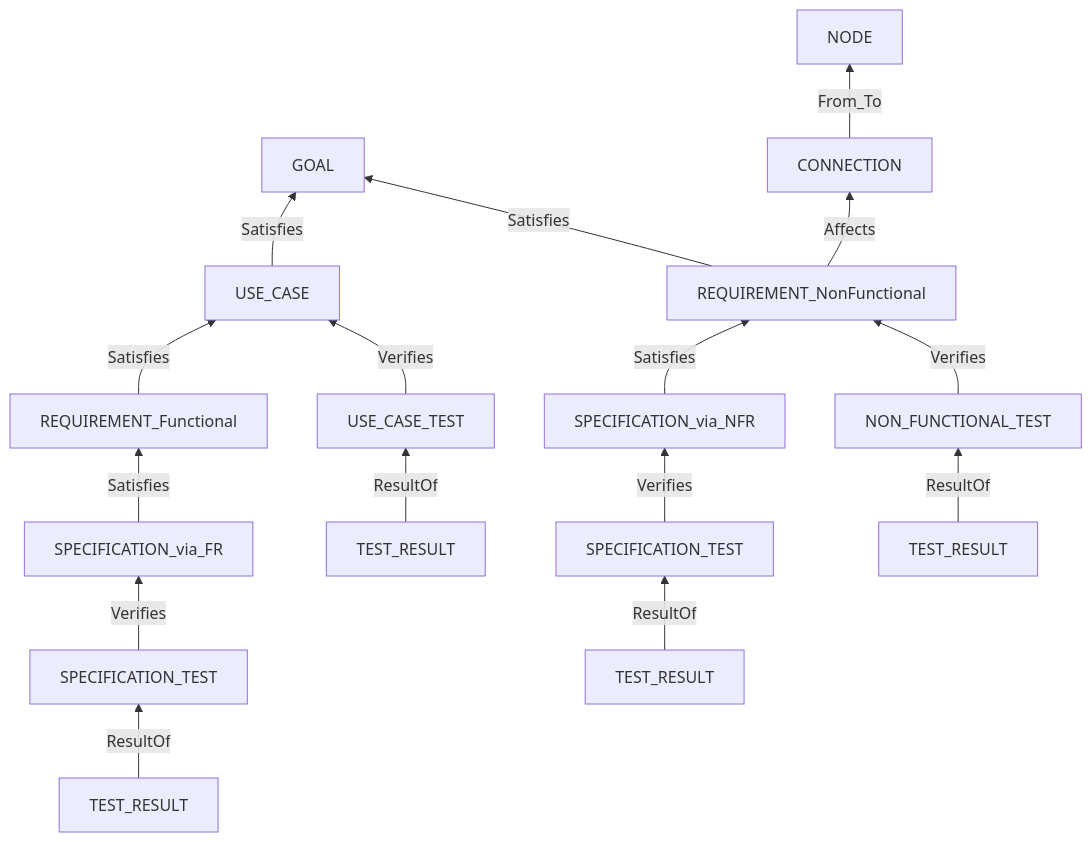
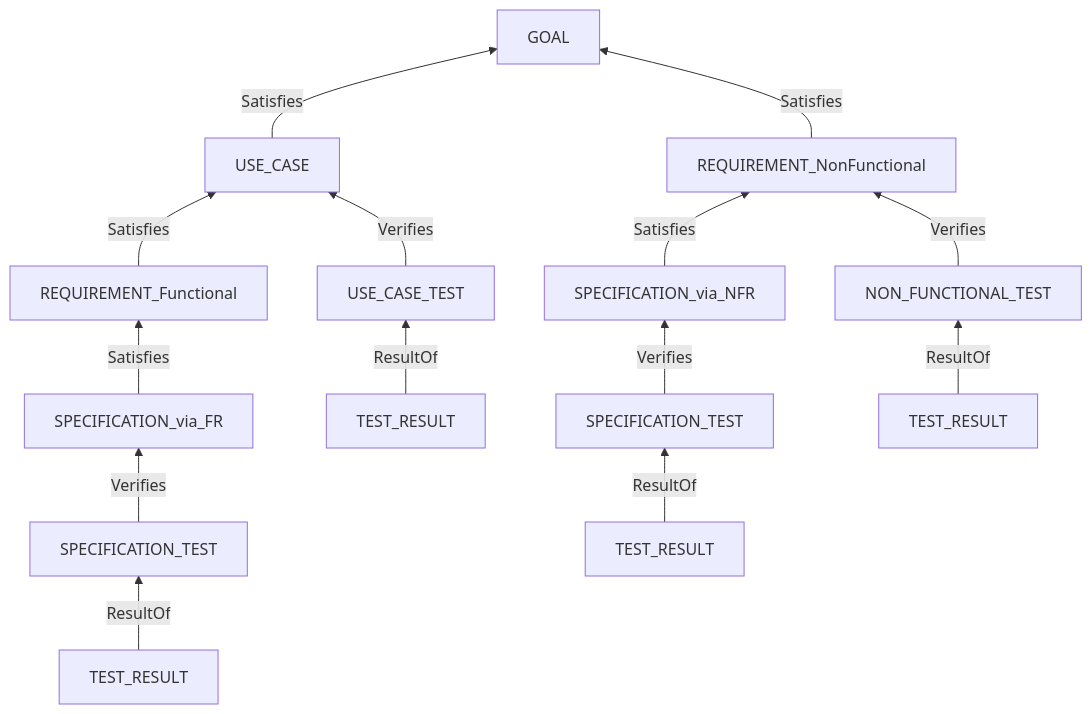
Before and after one commit to GoodRelax/gr-sw-maker: the diagram in maintenance/2026-08-08/09-element-inventory.md, drawn with Mermaid. The commit also changed other lines of this file and 1 other file, not shown here.

First line of the commit message:
Drop node types that nothing references

````diff
--- a/maintenance/2026-08-08/09-element-inventory.md
+++ b/maintenance/2026-08-08/09-element-inventory.md
@@ -104,18 +131,16 @@
 ```mermaid
 flowchart BT
     UC["USE_CASE"] -->|Satisfies| GL["GOAL"]
     FR["REQUIREMENT_Functional"] -->|Satisfies| UC
     NFR["REQUIREMENT_NonFunctional"] -->|Satisfies| GL
     SPF["SPECIFICATION_via_FR"] -->|Satisfies| FR
     SPN["SPECIFICATION_via_NFR"] -->|Satisfies| NFR
-    NFR -->|Affects| CN["CONNECTION"]
-    CN -->|From_To| NDX["NODE"]
     TCU["USE_CASE_TEST"] -->|Verifies| UC
     TCF["SPECIFICATION_TEST"] -->|Verifies| SPF
     TCN["SPECIFICATION_TEST"] -->|Verifies| SPN
     TCR["NON_FUNCTIONAL_TEST"] -->|Verifies| NFR
     TRU["TEST_RESULT"] -->|ResultOf| TCU
     TRF["TEST_RESULT"] -->|ResultOf| TCF
     TRN["TEST_RESULT"] -->|ResultOf| TCN
     TRR["TEST_RESULT"] -->|ResultOf| TCR
 ```
````
